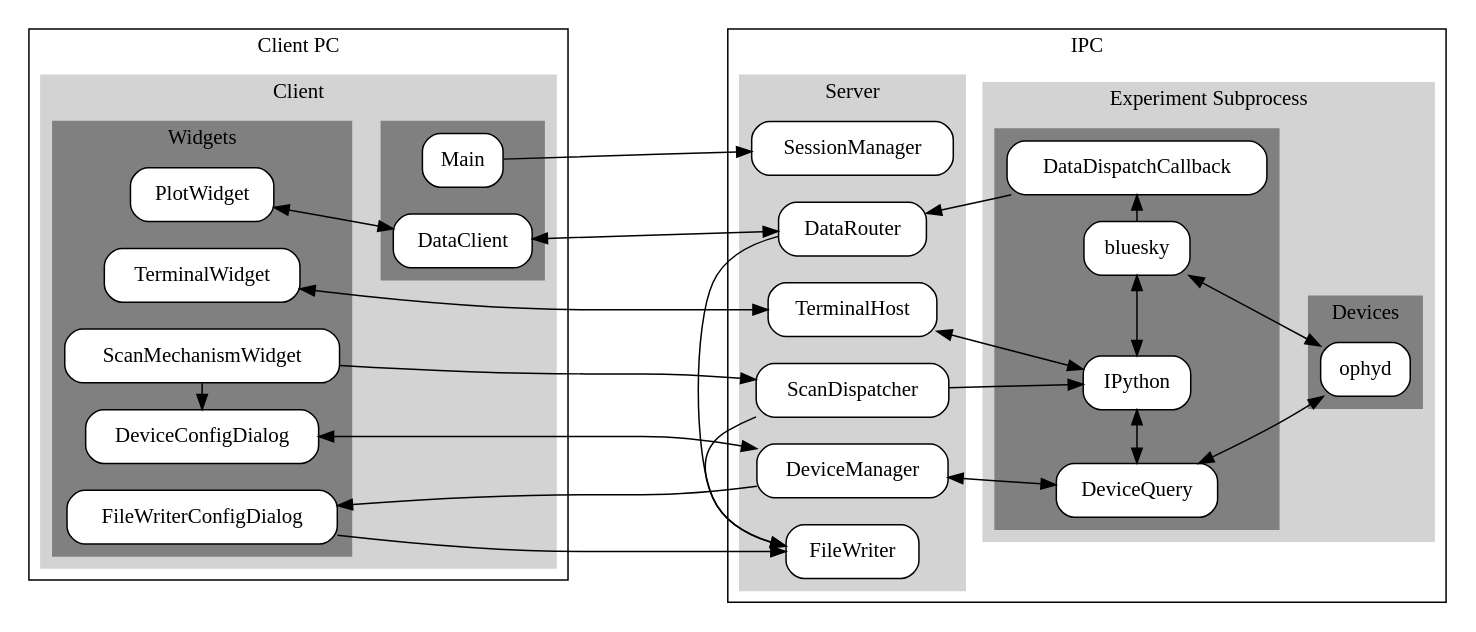
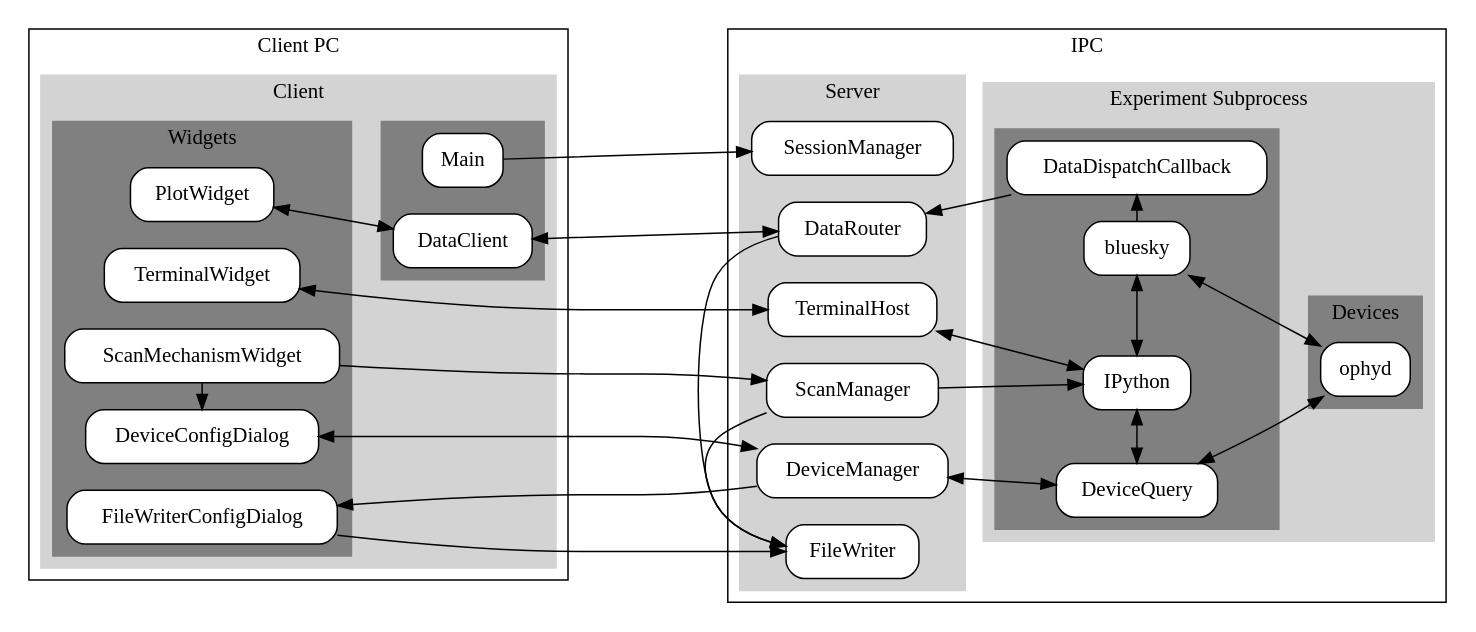
Before and after one commit to CasperVector/mamba-ose: the diagram in docs/object_connection.gv, drawn with Graphviz. The commit also changed 5 other files, not shown here.

```diff
--- a/docs/object_connection.gv
+++ b/docs/object_connection.gv
@@ -1,106 +1,106 @@
 digraph G {
     center=1;
     rankdir=LR;
     rank=same;
     node [style="rounded,filled",color=black,shape=box,fillcolor=white];
     splines=true;
     sep="+25,25";
 
     subgraph cluster_client_pc {
 		label = "Client PC";
 
         subgraph cluster_client {
             style=filled;
             color=lightgrey;
             label="Client"
 
             subgraph cluster_widgets {
                 style=filled;
                 color=grey;
                 label = "Widgets";
 
                 TerminalWidget;
                 PlotWidget;
                 ScanMechanismWidget;
                 DeviceConfigDialog;
                 FileWriterConfigDialog;
 
                 ScanMechanismWidget -> DeviceConfigDialog [constraint=False];
             }
 
             subgraph cluster_main {
                 color=grey;
                 label="";
 
                 Main;
                 DataClient;
             }
         }
     }
 
     subgraph cluster_IPC {
         label = "IPC";
 
         subgraph cluster_server {
             style=filled;
             color=lightgrey;
             label = "Server";
 
             SessionManager;
             TerminalHost;
             DataRouter;
             DeviceManager;
-            ScanDispatcher;
+            ScanManager;
             FileWriter;
 
-            ScanDispatcher -> FileWriter [constraint=false];
+            ScanManager -> FileWriter [constraint=false];
             DataRouter -> FileWriter [constraint=false];
         }
 
         subgraph cluster_subproc {
             style=filled;
             color=lightgrey;
             label = "Experiment Subprocess";
 
             subgraph cluster_ipython {
                 style=filled;
                 color=grey;
                 label = "";
 
                 IPython;
                 bluesky;
                 DataDispatchCallback;
                 DeviceQuery;
 
                 IPython -> DeviceQuery [dir=both, constraint=false, minlen=2];
                 bluesky -> IPython [dir=both, constraint=false, minlen=3];
                 bluesky -> DataDispatchCallback [constraint=false];
             }
 
             subgraph cluster_devices{
                 style=filled;
                 color=grey;
                 label = "Devices";
 
                 ophyd;
            }
 
             bluesky -> ophyd [dir=both];
             DeviceQuery -> ophyd [dir=both];
         }
     }
 
 	Main -> SessionManager [minlen=4];
 	PlotWidget -> DataClient [dir=both];
 	TerminalWidget -> TerminalHost [dir=both];
 	TerminalHost -> IPython [dir=both];
-	ScanDispatcher -> IPython;
+	ScanManager -> IPython;
 	DeviceManager -> DeviceQuery [dir=both];
 
 	DataDispatchCallback -> DataRouter;
 	DeviceConfigDialog -> DeviceManager [dir=both];
-	ScanMechanismWidget -> ScanDispatcher;
+	ScanMechanismWidget -> ScanManager;
 	FileWriterConfigDialog -> FileWriter;
 	DeviceManager -> FileWriterConfigDialog;
 	DataClient -> DataRouter [dir=both, minlen=4];
 }
```
